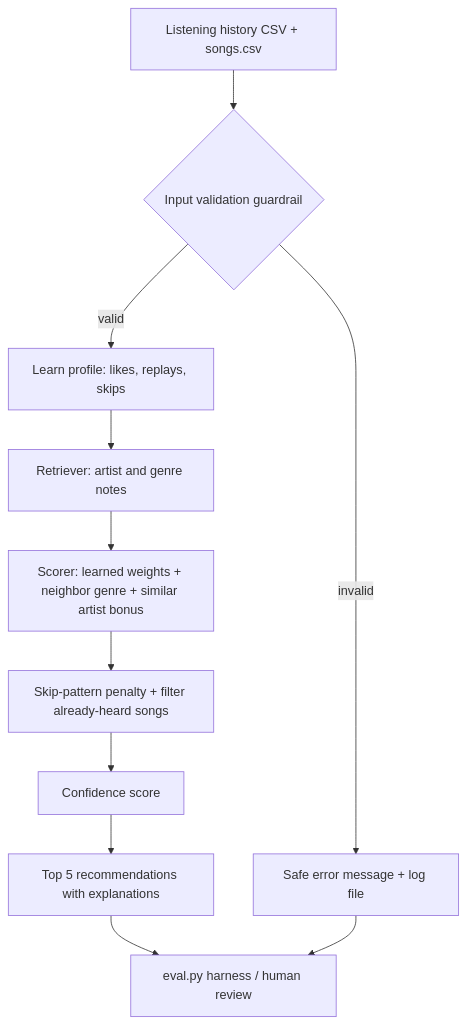
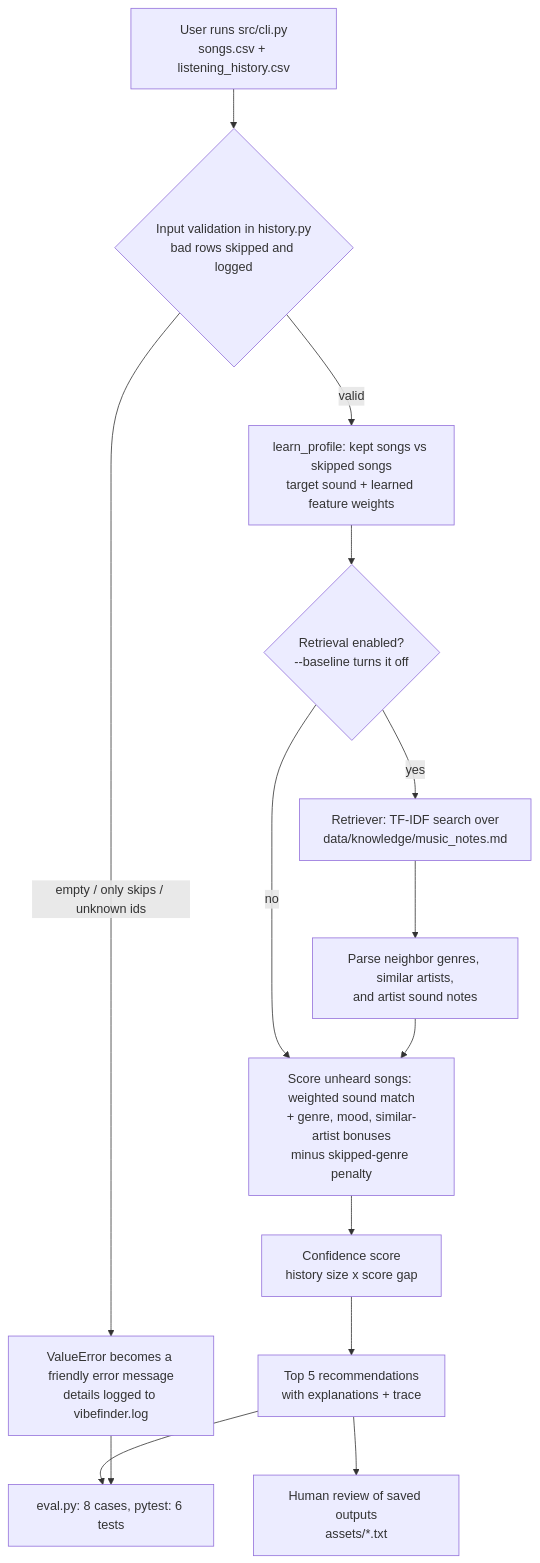
The diagram in diagrams/architecture.mmd (Lia2w8rld/applied-ai-system-final), drawn with Mermaid before and after one commit. The commit also changed 4 other files, not shown here.

Commit message:
Add README, model card, final architecture diagram, interaction log

```diff
--- a/diagrams/architecture.mmd
+++ b/diagrams/architecture.mmd
@@ -1,11 +1,14 @@
 flowchart TD
-    A[Listening history CSV + songs.csv] --> B{Input validation guardrail}
-    B -- invalid --> X[Safe error message + log file]
-    B -- valid --> C[Learn profile: likes, replays, skips]
-    C --> D[Retriever: artist and genre notes]
-    D --> E[Scorer: learned weights + neighbor genre + similar artist bonus]
-    E --> F[Skip-pattern penalty + filter already-heard songs]
-    F --> G[Confidence score]
-    G --> H[Top 5 recommendations with explanations]
-    H --> I[eval.py harness / human review]
-    X --> I
+    A["User runs src/cli.py<br/>songs.csv + listening_history.csv"] --> B{"Input validation in history.py<br/>bad rows skipped and logged"}
+    B -- "empty / only skips / unknown ids" --> X["ValueError becomes a friendly error message<br/>details logged to vibefinder.log"]
+    B -- valid --> C["learn_profile: kept songs vs skipped songs<br/>target sound + learned feature weights"]
+    C --> D{"Retrieval enabled?<br/>--baseline turns it off"}
+    D -- yes --> E["Retriever: TF-IDF search over<br/>data/knowledge/music_notes.md"]
+    E --> F["Parse neighbor genres, similar artists,<br/>and artist sound notes"]
+    D -- no --> G
+    F --> G["Score unheard songs: weighted sound match<br/>+ genre, mood, similar-artist bonuses<br/>minus skipped-genre penalty"]
+    G --> H["Confidence score<br/>history size x score gap"]
+    H --> I["Top 5 recommendations<br/>with explanations + trace"]
+    I --> J["Human review of saved outputs<br/>assets/*.txt"]
+    I --> K["eval.py: 8 cases, pytest: 6 tests"]
+    X --> K
```
